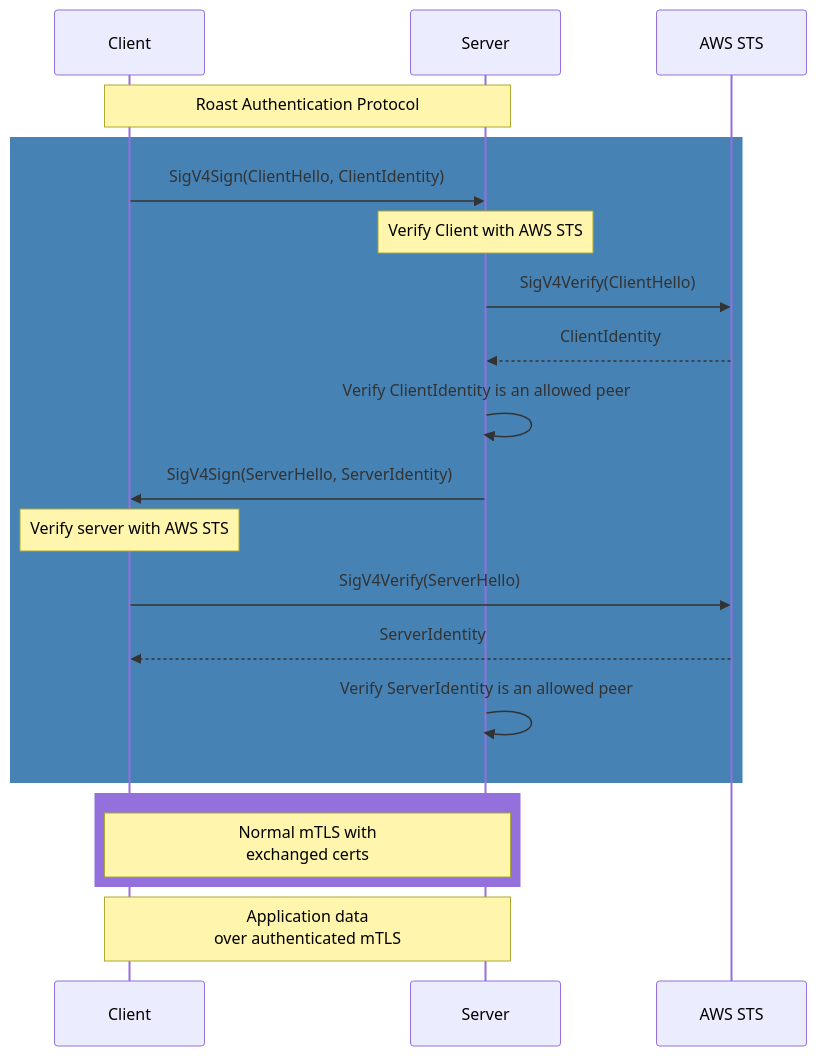
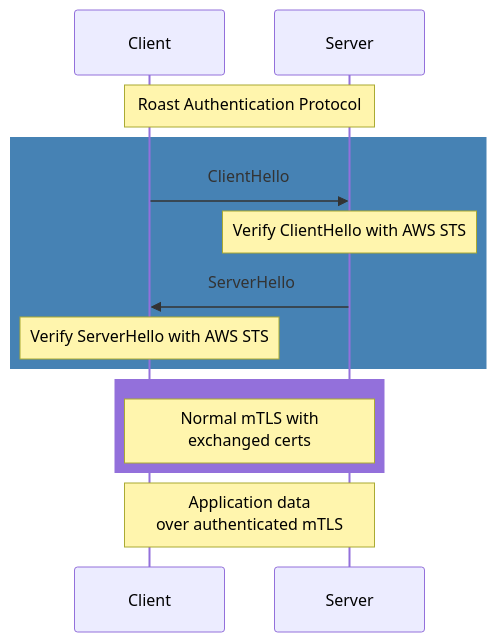
Before and after one commit to thomasdesr/roast: the first of 2 diagrams in docs/protocol.md, drawn with Mermaid. The commit also changed other lines of this file, not shown here.

Commit message:
Better headers and simplified language

````diff
--- a/docs/protocol.md
+++ b/docs/protocol.md
@@ -61,30 +63,23 @@
 ```mermaid
 sequenceDiagram
     participant C as Client
     participant S as Server
-    participant AWS as AWS STS
 
     Note over C,S: Roast Authentication Protocol
 
     rect rgb(70, 130, 180)
-        C->>S: SigV4Sign(ClientHello, ClientIdentity)
+        C->>S: ClientHello
 
-        Note over S: Verify Client with AWS STS
-        S->>AWS: SigV4Verify(ClientHello)
-        AWS-->>S: ClientIdentity
-        S->>S: Verify ClientIdentity is an allowed peer
+        Note over S: Verify ClientHello with AWS STS
         
-        S->>C: SigV4Sign(ServerHello, ServerIdentity)
+        S->>C: ServerHello
 
-        Note over C: Verify server with AWS STS
-        C->>AWS: SigV4Verify(ServerHello)
-        AWS-->>C: ServerIdentity
-        S->>S: Verify ServerIdentity is an allowed peer
+        Note over C: Verify ServerHello with AWS STS
     end
 
     rect rgb(147, 112, 219)
         Note over C,S: Normal mTLS with<br/>exchanged certs
     end
     
     Note over C,S: Application data<br/>over authenticated mTLS
 ```
````
